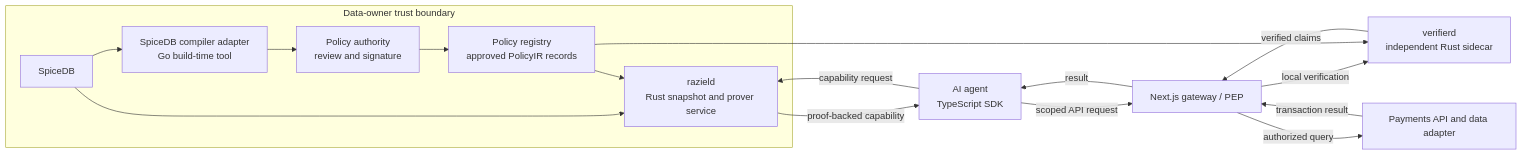
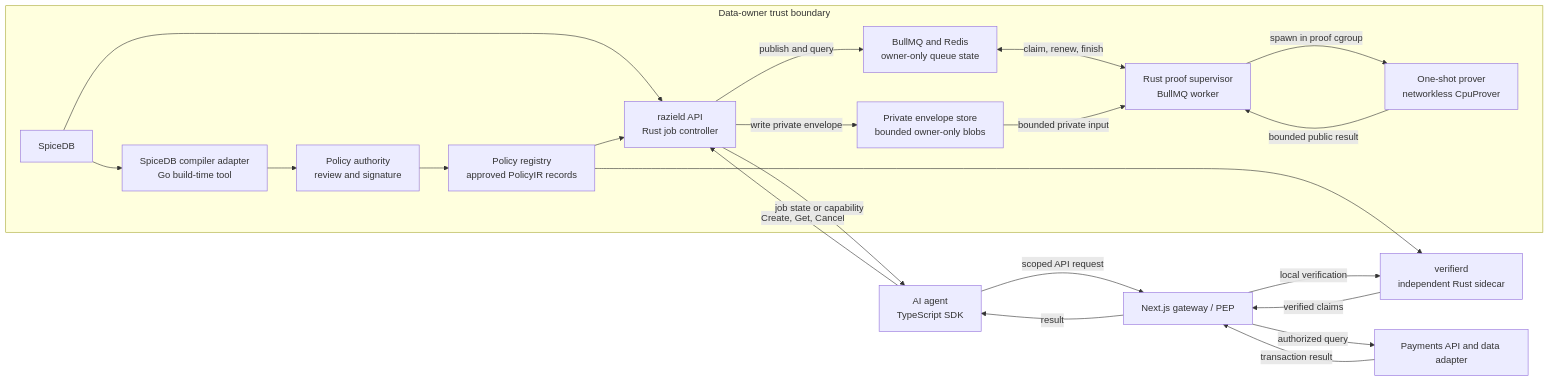
One commit to gitaalekhyapaul/hypha-backend changed the first of 3 diagrams in ARCHITECTURE.md. Above: the diagram before and after it, drawn with Mermaid. The commit also changed other lines of this file and 7 other files, not shown here.

````diff
--- a/ARCHITECTURE.md
+++ b/ARCHITECTURE.md
@@ -92,25 +119,35 @@
 ```mermaid
 flowchart LR
     subgraph OWNER["Data-owner trust boundary"]
         S["SpiceDB"]
         C["SpiceDB compiler adapter\nGo build-time tool"]
         PA["Policy authority\nreview and signature"]
-        R["razield\nRust snapshot and prover service"]
+        R["razield API\nRust job controller"]
+        Q["BullMQ and Redis\nowner-only queue state"]
+        B["Private envelope store\nbounded owner-only blobs"]
+        W["Rust proof supervisor\nBullMQ worker"]
+        E["One-shot prover\nnetworkless CpuProver"]
         PR["Policy registry\napproved PolicyIR records"]
         S --> C
         C --> PA
         PA --> PR
         S --> R
         PR --> R
+        R -->|"publish and query"| Q
+        R -->|"write private envelope"| B
+        Q <-->|"claim, renew, finish"| W
+        B -->|"bounded private input"| W
+        W -->|"spawn in proof cgroup"| E
+        E -->|"bounded public result"| W
     end
 
-    A["AI agent\nTypeScript SDK"] -->|"capability request"| R
-    R -->|"proof-backed capability"| A
+    A["AI agent\nTypeScript SDK"] -->|"Create, Get, Cancel"| R
+    R -->|"job state or capability"| A
     A -->|"scoped API request"| G["Next.js gateway / PEP"]
     G -->|"local verification"| V["verifierd\nindependent Rust sidecar"]
     PR --> V
     V -->|"verified claims"| G
     G -->|"authorized query"| P["Payments API and data adapter"]
     P -->|"transaction result"| G
     G -->|"result"| A
 ```
````
